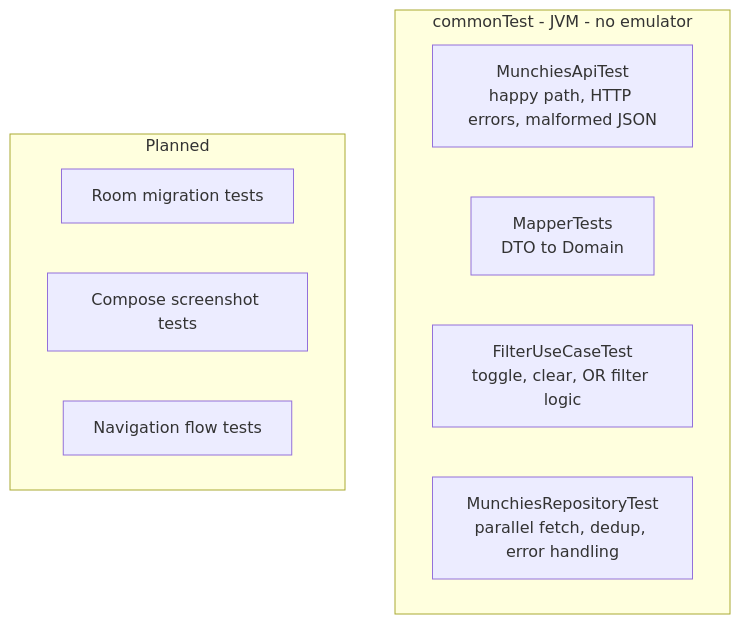
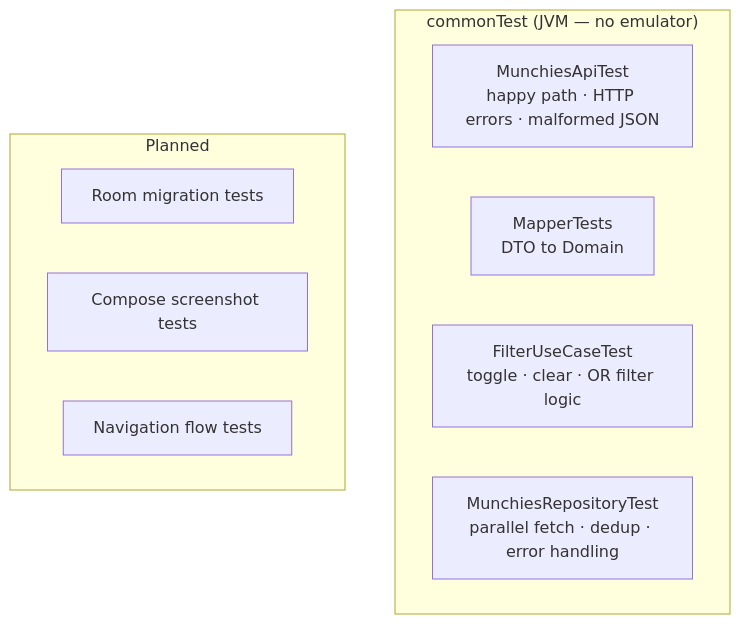
One commit to sven-pettersson/Munchies changed the eighth of 8 diagrams in PRESENTATION.md. Above: the diagram before and after it, drawn with Mermaid. The commit also changed other lines of this file, not shown here.

Commit message:
feat:adding presentation with graphs

````diff
--- a/PRESENTATION.md
+++ b/PRESENTATION.md
@@ -278,14 +273,14 @@
 ```mermaid
 graph TD
-    subgraph commonTest - JVM - no emulator
-        T1[MunchiesApiTest\nhappy path, HTTP errors, malformed JSON]
-        T2[MapperTests\nDTO to Domain]
-        T3[FilterUseCaseTest\ntoggle, clear, OR filter logic]
-        T4[MunchiesRepositoryTest\nparallel fetch, dedup, error handling]
-    end
-    subgraph Planned
-        T5[Room migration tests]
-        T6[Compose screenshot tests]
-        T7[Navigation flow tests]
-    end
+  subgraph commonTest["commonTest  (JVM — no emulator)"]
+    T1["MunchiesApiTest\nhappy path · HTTP errors · malformed JSON"]
+    T2["MapperTests\nDTO to Domain"]
+    T3["FilterUseCaseTest\ntoggle · clear · OR filter logic"]
+    T4["MunchiesRepositoryTest\nparallel fetch · dedup · error handling"]
+  end
+  subgraph planned["Planned"]
+    T5[Room migration tests]
+    T6[Compose screenshot tests]
+    T7[Navigation flow tests]
+  end
 ```
````
